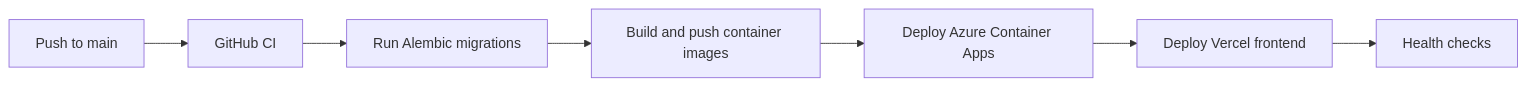
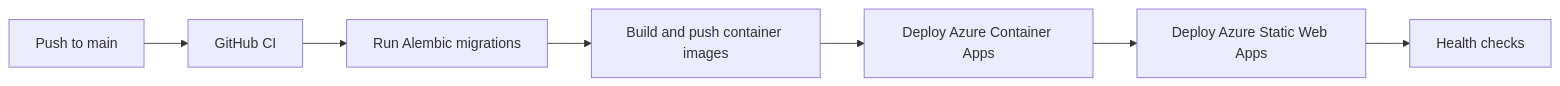
One commit to Shreesh-Sree/presidio_reimbursement_approval_tool changed the fifth of 5 diagrams in README.md. Above: the diagram before and after it, drawn with Mermaid. The commit also changed other lines of this file and 17 other files, not shown here.

````diff
--- a/README.md
+++ b/README.md
@@ -286,9 +286,9 @@
 ```mermaid
 flowchart LR
     Commit[Push to main] --> CI[GitHub CI]
     CI --> Migrate[Run Alembic migrations]
     Migrate --> Build[Build and push container images]
     Build --> Deploy[Deploy Azure Container Apps]
-    Deploy --> Frontend[Deploy Vercel frontend]
+    Deploy --> Frontend[Deploy Azure Static Web Apps]
     Frontend --> Verify[Health checks]
 ```
````
